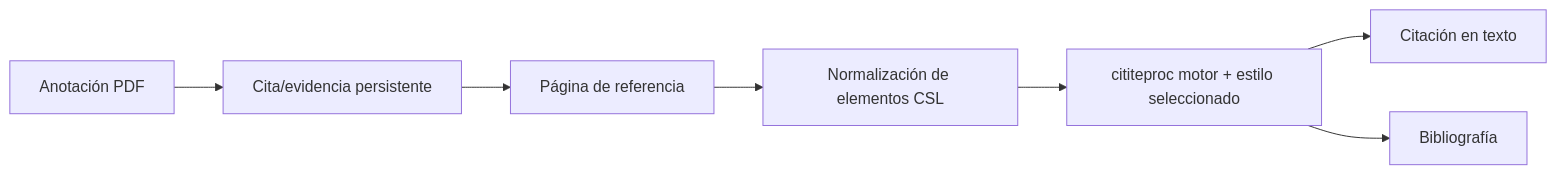
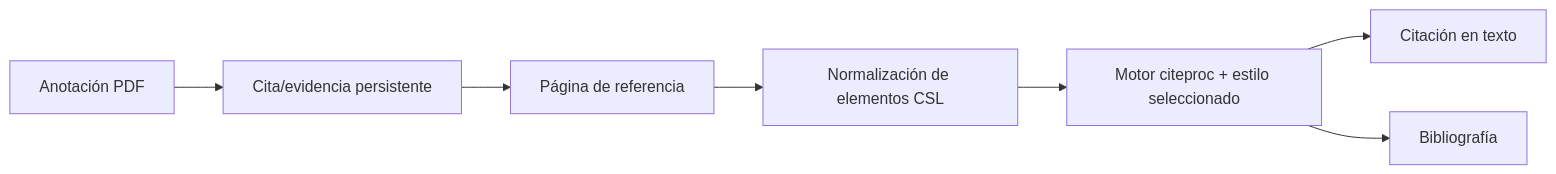
Before and after one commit to ismigar/Gnosi: the diagram in docs/engineering-es/domains/reader-references.md, drawn with Mermaid. The commit also changed other lines of this file and 96 other files, not shown here.

````diff
--- a/docs/engineering-es/domains/reader-references.md
+++ b/docs/engineering-es/domains/reader-references.md
@@ -119,9 +166,9 @@
 ```mermaid
 flowchart LR
     Record["Página de referencia"] --> CSL["Normalización de elementos CSL"]
-    CSL --> Citeproc["cititeproc motor + estilo seleccionado"]
+    CSL --> Citeproc["Motor citeproc + estilo seleccionado"]
     Citeproc --> Text["Citación en texto"]
     Citeproc --> Bibliography["Bibliografía"]
     Annotation["Anotación PDF"] --> Evidence["Cita/evidencia persistente"]
     Evidence --> Record
 ```
````
